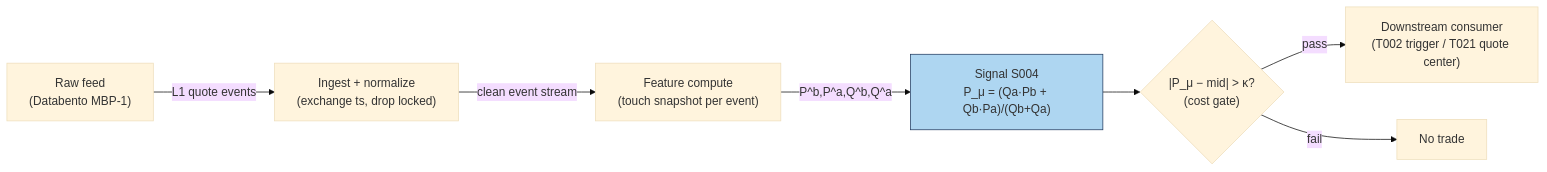
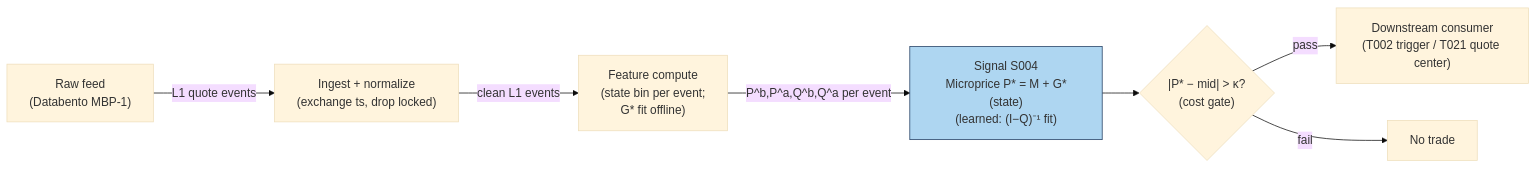
One commit to praveenguptahcl/quant-signals-deep changed the diagram in batches/SB1/S004.md. Above: the diagram before and after it, drawn with Mermaid (base theme). The commit also changed other lines of this file and 367 other files, not shown here.

````diff
--- a/batches/SB1/S004.md
+++ b/batches/SB1/S004.md
@@ -170,10 +244,10 @@
 ```mermaid
 flowchart LR
     FEED["Raw feed\n(Databento MBP-1)"] -->|L1 quote events| ING["Ingest + normalize\n(exchange ts, drop locked)"]
-    ING -->|clean event stream| FEAT["Feature compute\n(touch snapshot per event)"]
-    FEAT -->|P^b,P^a,Q^b,Q^a| SIG["Signal S004\nP_μ = (Qa·Pb + Qb·Pa)/(Qb+Qa)"]
-    SIG --> GATE{"|P_μ − mid| > κ?\n(cost gate)"}
+    ING -->|clean L1 events| FEAT["Feature compute\n(state bin per event;\nG* fit offline)"]
+    FEAT -->|P^b,P^a,Q^b,Q^a per event| SIG["Signal S004\nMicroprice P* = M + G*(state)\n(learned: (I−Q)⁻¹ fit)"]
+    SIG --> GATE{"|P* − mid| > κ?\n(cost gate)"}
     GATE -->|pass| OUT["Downstream consumer\n(T002 trigger / T021 quote center)"]
     GATE -->|fail| DROP["No trade"]
     style SIG fill:#aed6f1,stroke:#1f3a5f
 ```
````
